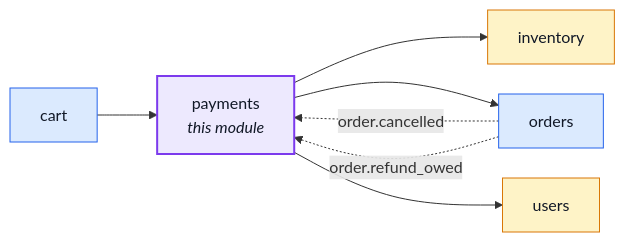
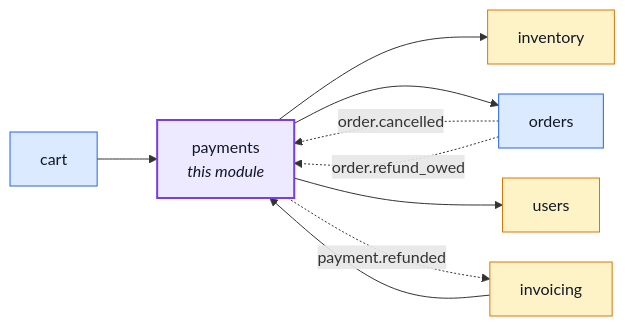
One commit to Guebbit/boilerplate-node-backend changed the first of 6 diagrams in docs/modules/payments.md. Above: the diagram before and after it, drawn with Mermaid. The commit also changed 10 other files, not shown here.

````diff
--- a/docs/modules/payments.md
+++ b/docs/modules/payments.md
@@ -16,24 +16,27 @@
 ```mermaid
 %%{init: {'flowchart': {'nodeSpacing': 30, 'rankSpacing': 60}}}%%
 flowchart LR
     payments["payments<br/><i>this module</i>"]
     cart["cart"]
     inventory["inventory"]
+    invoicing["invoicing"]
     orders["orders"]
     users["users"]
 
     cart --> payments
+    invoicing --> payments
     payments --> inventory
     payments --> orders
     payments --> users
     orders -. "order.cancelled" .-> payments
     orders -. "order.refund_owed" .-> payments
+    payments -. "payment.refunded" .-> invoicing
 
     classDef core fill:#dbeafe,stroke:#2563eb,color:#111827;
     classDef supporting fill:#fef3c7,stroke:#d97706,color:#111827;
     classDef generic fill:#dcfce7,stroke:#16a34a,color:#111827;
     classDef centre fill:#ede9fe,stroke:#7c3aed,stroke-width:2px,color:#111827;
     class cart,orders core;
-    class inventory,users supporting;
+    class inventory,invoicing,users supporting;
     class payments centre;
 ```
````
